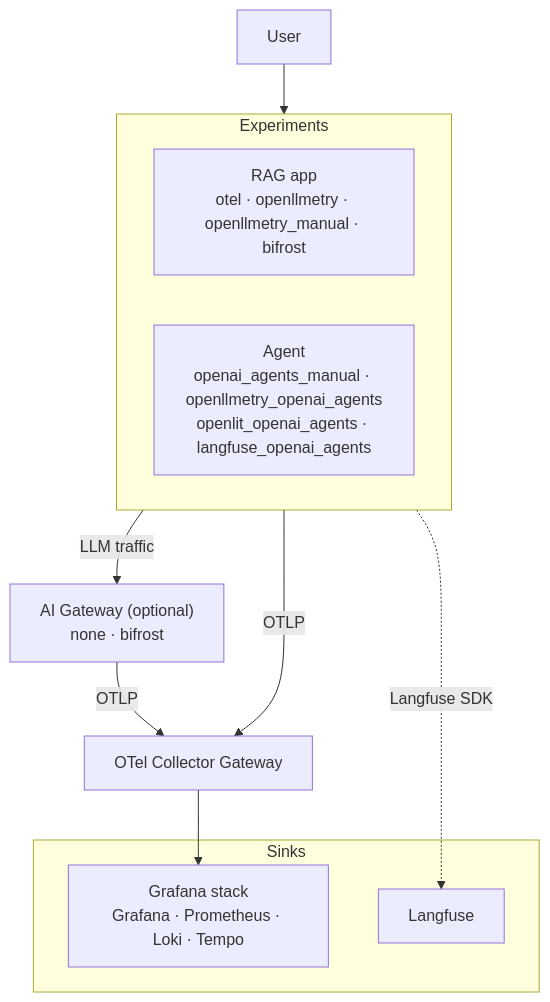
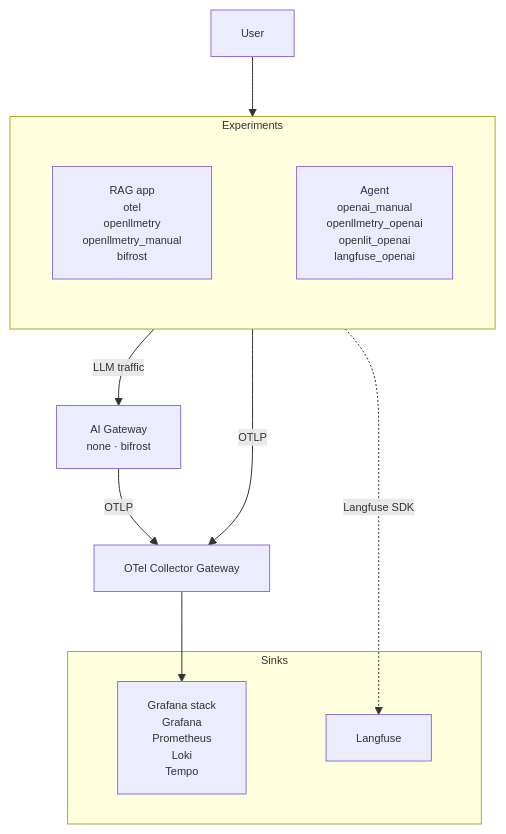
The diagram in README.md (one2nc/ai_observability), drawn with Mermaid before and after one commit.

Commit message:
fixing readme image

````diff
--- a/README.md
+++ b/README.md
@@ -12,24 +12,26 @@
 ```mermaid
+%%{init: {"flowchart": {"htmlLabels": true, "nodeSpacing": 80, "rankSpacing": 60}, "themeVariables": {"fontSize": "11px"}}}%%
 graph TD
     User[User]
 
     subgraph apps["Experiments"]
-        rag["RAG app<br/>otel · openllmetry · openllmetry_manual · bifrost"]
-        agent["Agent<br/>openai_agents_manual · openllmetry_openai_agents<br/>openlit_openai_agents · langfuse_openai_agents"]
+        rag["RAG app<br/>otel<br/>openllmetry<br/>openllmetry_manual<br/>bifrost"]
+        agent["Agent<br/>openai_manual<br/>openllmetry_openai<br/>openlit_openai<br/>langfuse_openai"]
     end
 
-    gw["AI Gateway (optional)<br/>none · bifrost"]
+    gw["AI Gateway<br/>none · bifrost"]
     collector["OTel Collector Gateway"]
 
     subgraph sinks["Sinks"]
-        grafana["Grafana stack<br/>Grafana · Prometheus · Loki · Tempo"]
+        grafana["Grafana stack<br/>Grafana<br/>Prometheus<br/>Loki<br/>Tempo"]
         langfuse["Langfuse"]
     end
 
     User --> apps
+    rag ~~~ agent
     apps -->|LLM traffic| gw
     apps -->|OTLP| collector
     gw -->|OTLP| collector
     collector --> grafana
     apps -.->|Langfuse SDK| langfuse
 ```
````
